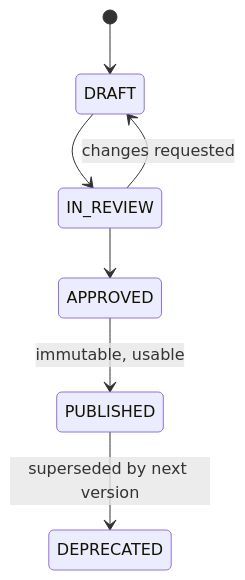
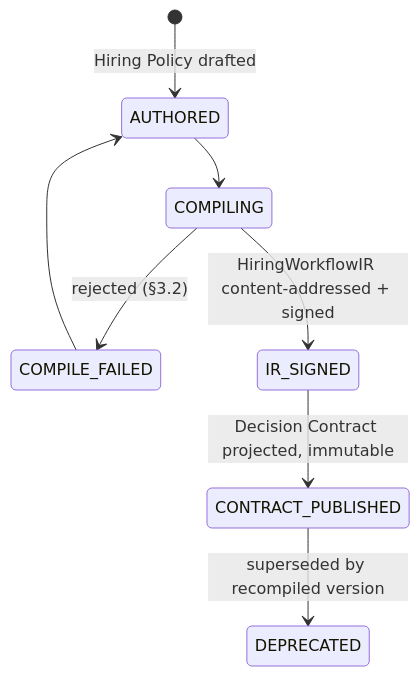
One commit to rasaha/symbolu changed the eighth of 8 diagrams in ai_hiring/docs/HIRING_DECISION_AUTHORITY_DESIGN_SPEC.md. Above: the diagram before and after it, drawn with Mermaid. The commit also changed other lines of this file and 11 other files, not shown here.

````diff
--- a/ai_hiring/docs/HIRING_DECISION_AUTHORITY_DESIGN_SPEC.md
+++ b/ai_hiring/docs/HIRING_DECISION_AUTHORITY_DESIGN_SPEC.md
@@ -619,9 +627,10 @@
 ```mermaid
 stateDiagram-v2
-    [*] --> DRAFT
-    DRAFT --> IN_REVIEW
-    IN_REVIEW --> APPROVED
-    IN_REVIEW --> DRAFT : changes requested
-    APPROVED --> PUBLISHED : immutable, usable
-    PUBLISHED --> DEPRECATED : superseded by next version
+    [*] --> AUTHORED : Hiring Policy drafted
+    AUTHORED --> COMPILING
+    COMPILING --> COMPILE_FAILED : rejected (§3.2)
+    COMPILE_FAILED --> AUTHORED
+    COMPILING --> IR_SIGNED : HiringWorkflowIR content-addressed + signed
+    IR_SIGNED --> CONTRACT_PUBLISHED : Decision Contract projected, immutable
+    CONTRACT_PUBLISHED --> DEPRECATED : superseded by recompiled version
 ```
````
